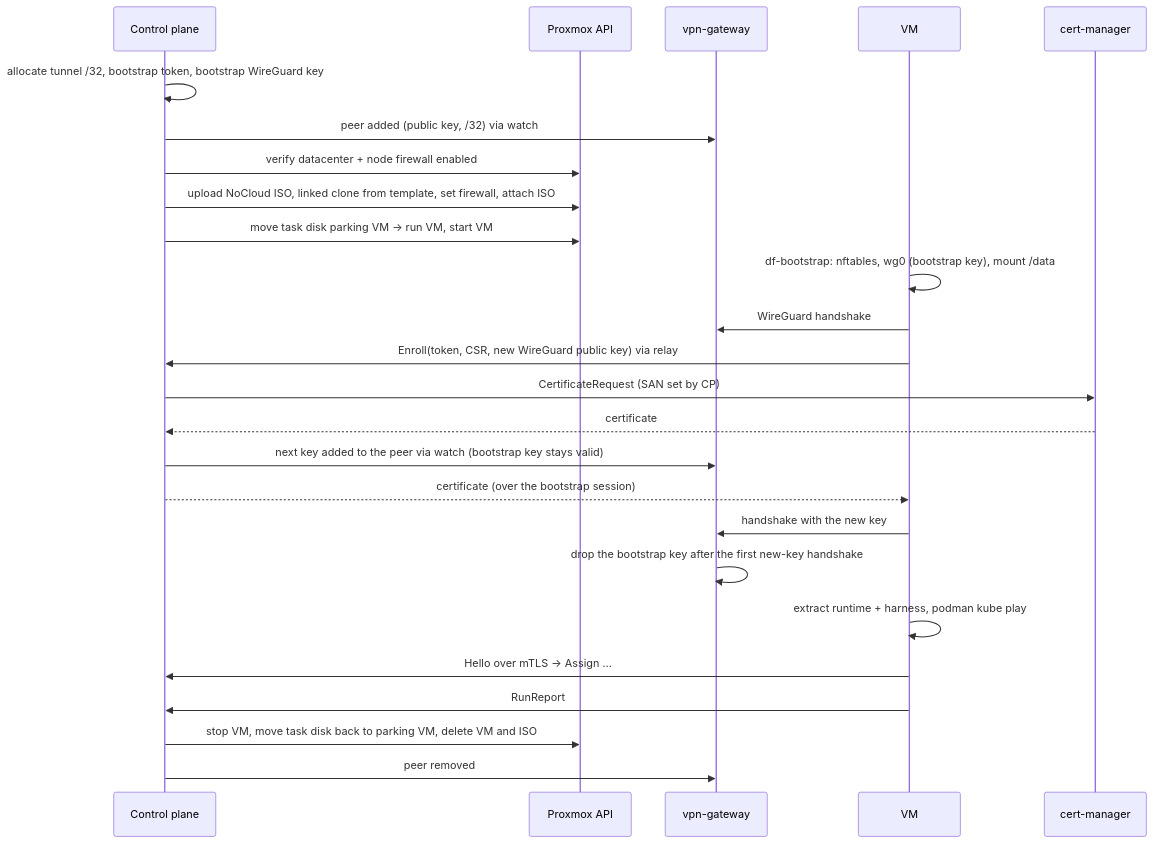
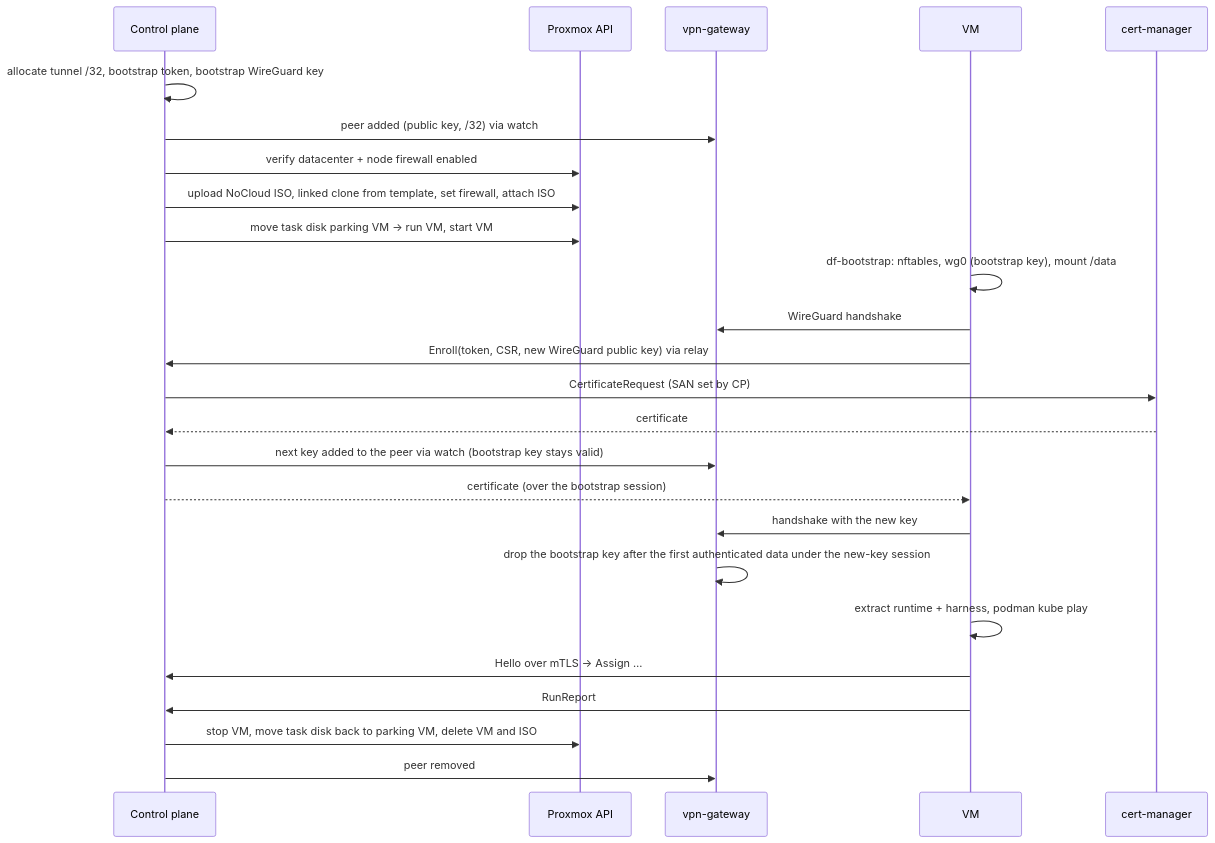
One commit to prskr/dark-factory changed the second of 2 diagrams in design/vm-sandboxes.md. Above: the diagram before and after it, drawn with Mermaid. The commit also changed other lines of this file, not shown here.

First line of the commit message:
docs(vm-sandboxes): keep the bootstrap key until traffic flows under the new key

````diff
--- a/design/vm-sandboxes.md
+++ b/design/vm-sandboxes.md
@@ -78,27 +78,27 @@
 ```mermaid
 sequenceDiagram
   participant CP as Control plane
   participant PX as Proxmox API
   participant VG as vpn-gateway
   participant VM
   participant CM as cert-manager
   CP->>CP: allocate tunnel /32, bootstrap token, bootstrap WireGuard key
   CP->>VG: peer added (public key, /32) via watch
   CP->>PX: verify datacenter + node firewall enabled
   CP->>PX: upload NoCloud ISO, linked clone from template, set firewall, attach ISO
   CP->>PX: move task disk parking VM → run VM, start VM
   VM->>VM: df-bootstrap: nftables, wg0 (bootstrap key), mount /data
   VM->>VG: WireGuard handshake
   VM->>CP: Enroll(token, CSR, new WireGuard public key)  via relay
   CP->>CM: CertificateRequest (SAN set by CP)
   CM-->>CP: certificate
   CP->>VG: next key added to the peer via watch (bootstrap key stays valid)
   CP-->>VM: certificate (over the bootstrap session)
   VM->>VG: handshake with the new key
-  VG->>VG: drop the bootstrap key after the first new-key handshake
+  VG->>VG: drop the bootstrap key after the first authenticated data under the new-key session
   VM->>VM: extract runtime + harness, podman kube play
   VM->>CP: Hello over mTLS → Assign …
   VM->>CP: RunReport
   CP->>PX: stop VM, move task disk back to parking VM, delete VM and ISO
   CP->>VG: peer removed
 ```
````
